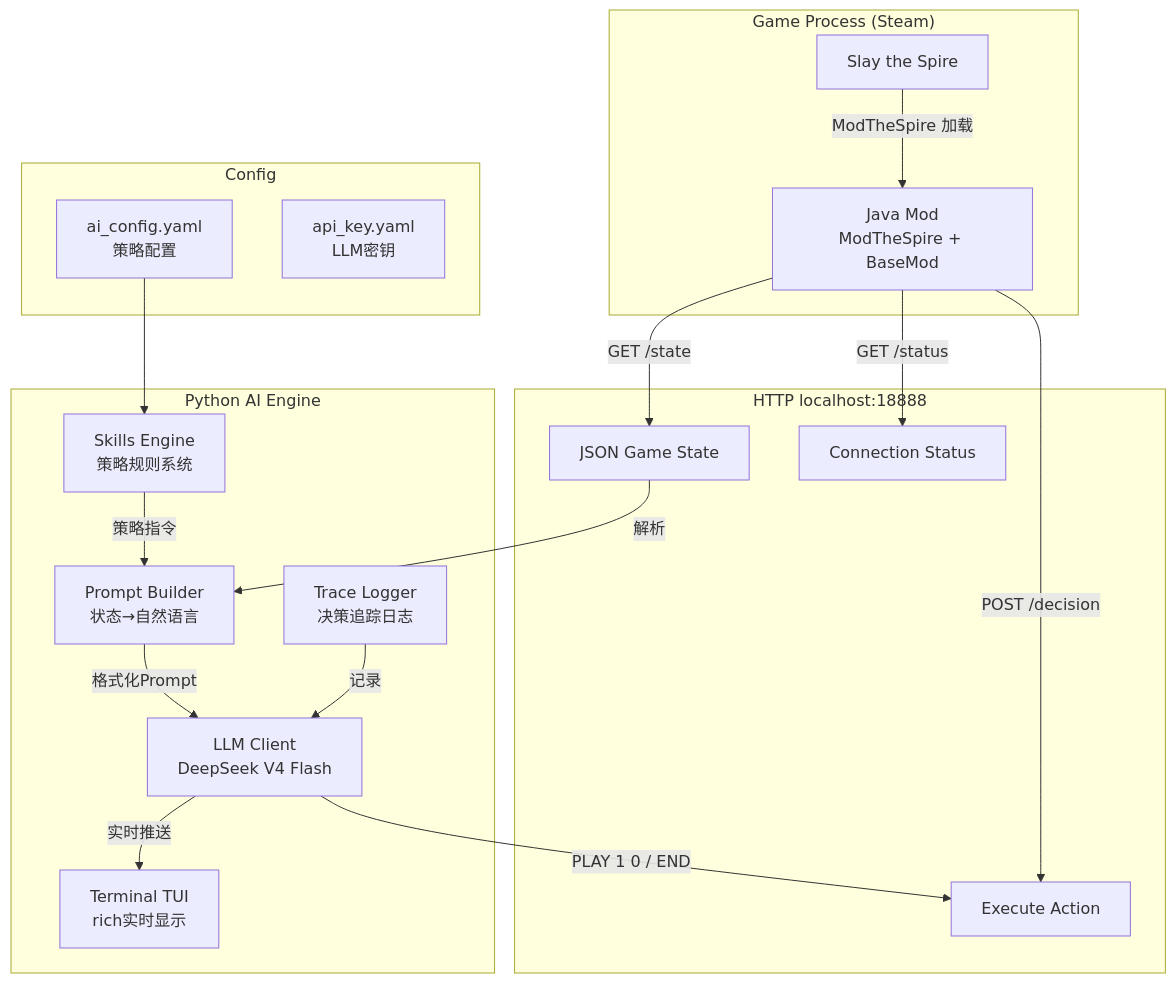
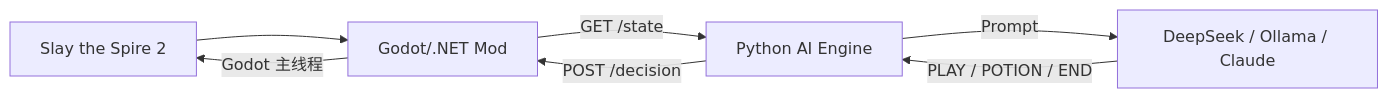
One commit to Hang-Edward/Agent-For-Slay-The-Spire-2 changed the first of 2 diagrams in architecture/README.md. Above: the diagram before and after it, drawn with Mermaid. The commit also changed other lines of this file and 65 other files, not shown here.

Commit message:
Replace Java mod with Godot AI automation

````diff
--- a/architecture/README.md
+++ b/architecture/README.md
@@ -24,35 +7,9 @@
 ```mermaid
-graph TB
-    subgraph "Game Process (Steam)"
-        STS[Slay the Spire]
-        MOD[Java Mod<br/>ModTheSpire + BaseMod]
-        STS -->|ModTheSpire 加载| MOD
-    end
-
-    subgraph "HTTP localhost:18888"
-        MOD -->|GET /state| JSON[JSON Game State]
-        MOD -->|POST /decision| ACTION[Execute Action]
-        MOD -->|GET /status| STATUS[Connection Status]
-    end
-
-    subgraph "Python AI Engine"
-        TUI[Terminal TUI<br/>rich实时显示]
-        LLM[LLM Client<br/>DeepSeek V4 Flash]
-        SKILL[Skills Engine<br/>策略规则系统]
-        TRACE[Trace Logger<br/>决策追踪日志]
-        PROMPT[Prompt Builder<br/>状态→自然语言]
-        
-        JSON -->|解析| PROMPT
-        PROMPT -->|格式化Prompt| LLM
-        SKILL -->|策略指令| PROMPT
-        LLM -->|PLAY 1 0 / END| ACTION
-        LLM -->|实时推送| TUI
-        TRACE -->|记录| LLM
-    end
-
-    subgraph "Config"
-        CFG[ai_config.yaml<br/>策略配置]
-        KEY[api_key.yaml<br/>LLM密钥]
-        CFG --> SKILL
-    end
+flowchart LR
+    GAME[Slay the Spire 2] --> MOD[Godot/.NET Mod]
+    MOD -->|GET /state| ENGINE[Python AI Engine]
+    ENGINE -->|Prompt| LLM[DeepSeek / Ollama / Claude]
+    LLM -->|PLAY / POTION / END| ENGINE
+    ENGINE -->|POST /decision| MOD
+    MOD -->|Godot 主线程| GAME
 ```
````
